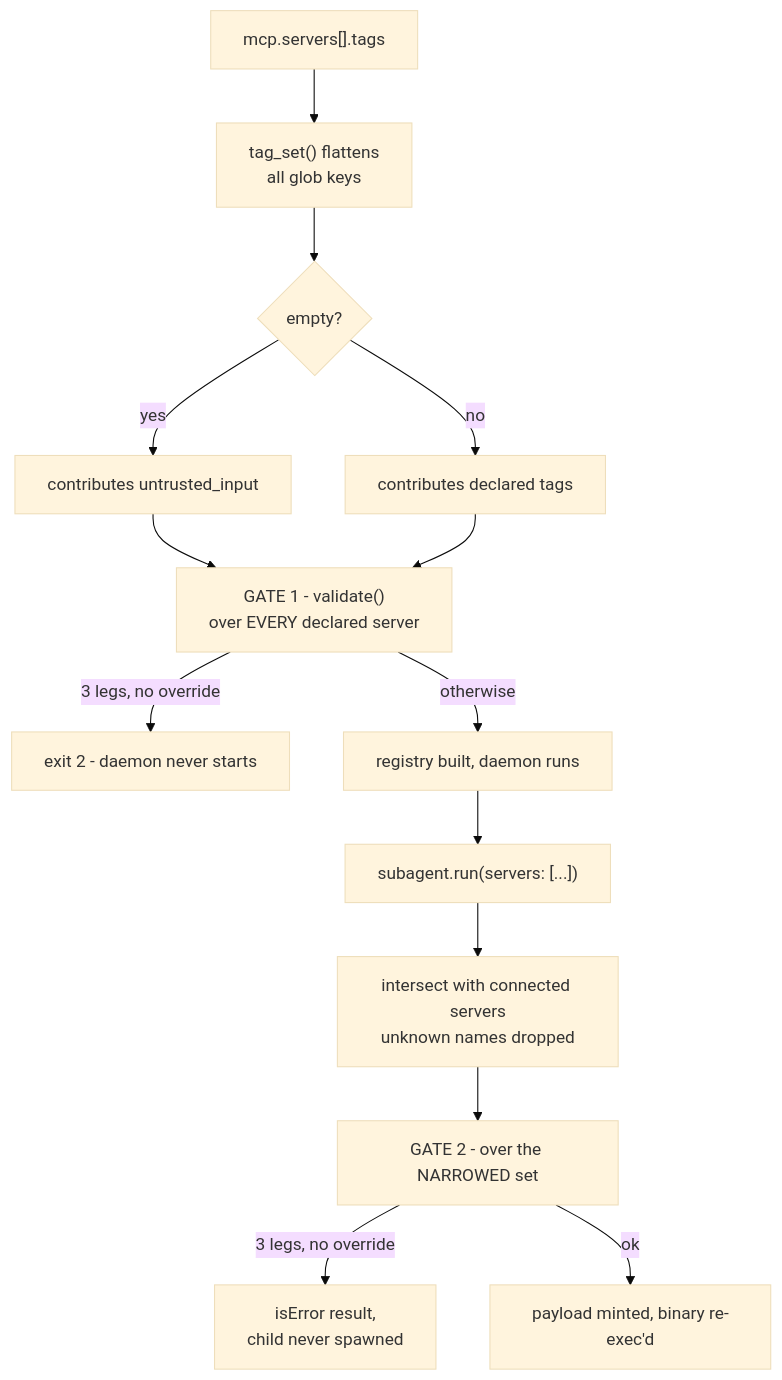
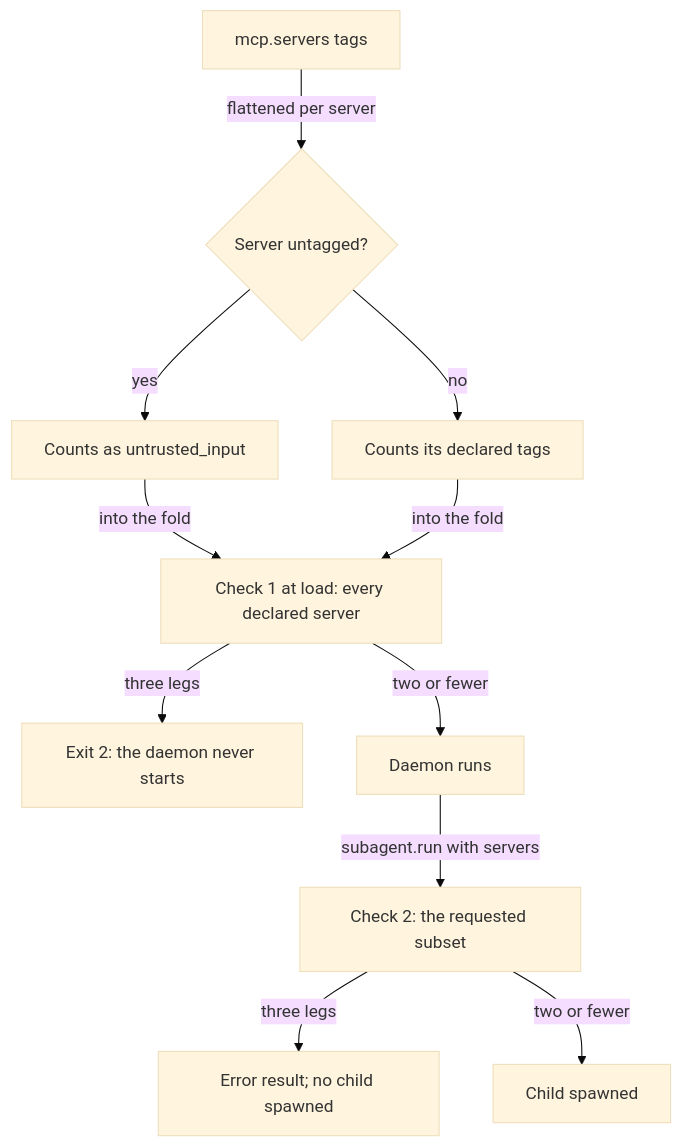
One commit to agentd-dev/source-code changed the second of 4 diagrams in docs/security.md. Above: the diagram before and after it, drawn with Mermaid (base theme). The commit also changed other lines of this file and 110 other files, not shown here.

````diff
--- a/docs/security.md
+++ b/docs/security.md
@@ -119,16 +151,13 @@
 ```mermaid
 flowchart TB
-  A["mcp.servers[].tags"] --> B["tag_set() flattens<br/>all glob keys"]
-  B --> C{"empty?"}
-  C -- yes --> D["contributes untrusted_input"]
-  C -- no --> E["contributes declared tags"]
-  D --> F["GATE 1 - validate()<br/>over EVERY declared server"]
-  E --> F
-  F -- "3 legs, no override" --> G["exit 2 - daemon never starts"]
-  F -- "otherwise" --> H["registry built, daemon runs"]
-  H --> I["subagent.run(servers: [...])"]
-  I --> J["intersect with connected servers<br/>unknown names dropped"]
-  J --> K["GATE 2 - over the NARROWED set"]
-  K -- "3 legs, no override" --> L["isError result,<br/>child never spawned"]
-  K -- ok --> M["payload minted, binary re-exec'd"]
+  A["mcp.servers tags"] -->|"flattened per server"| B{"Server untagged?"}
+  B -->|"yes"| C["Counts as untrusted_input"]
+  B -->|"no"| D["Counts its declared tags"]
+  C -->|"into the fold"| E["Check 1 at load: every declared server"]
+  D -->|"into the fold"| E
+  E -->|"three legs"| F["Exit 2: the daemon never starts"]
+  E -->|"two or fewer"| G["Daemon runs"]
+  G -->|"subagent.run with servers"| H["Check 2: the requested subset"]
+  H -->|"three legs"| I["Error result; no child spawned"]
+  H -->|"two or fewer"| J["Child spawned"]
 ```
````
